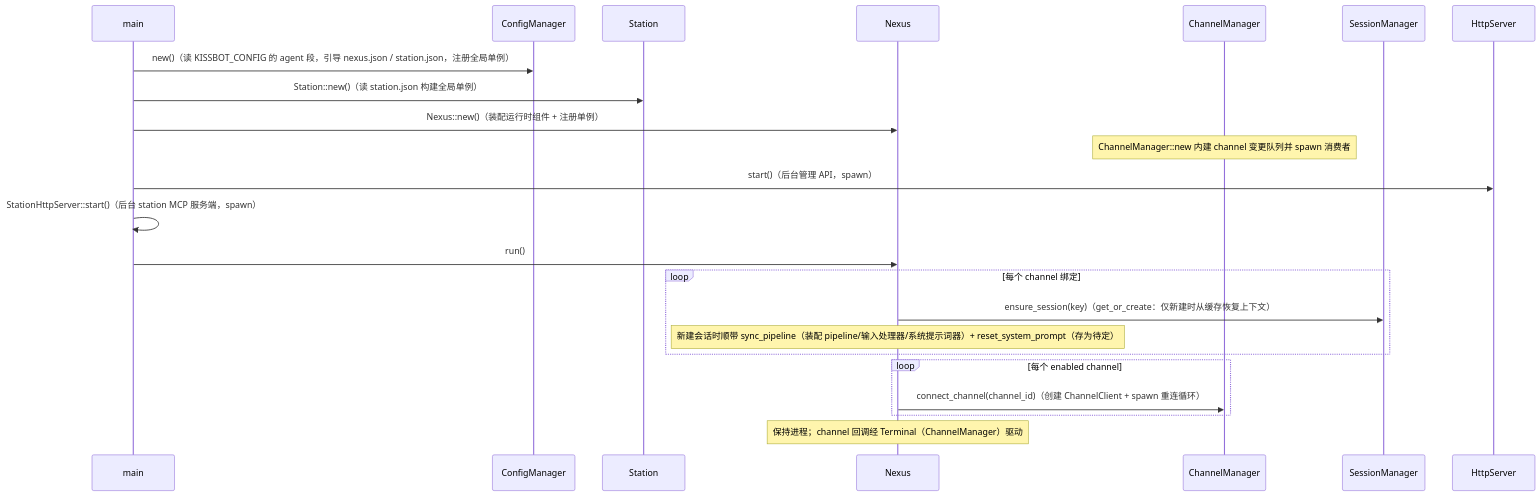
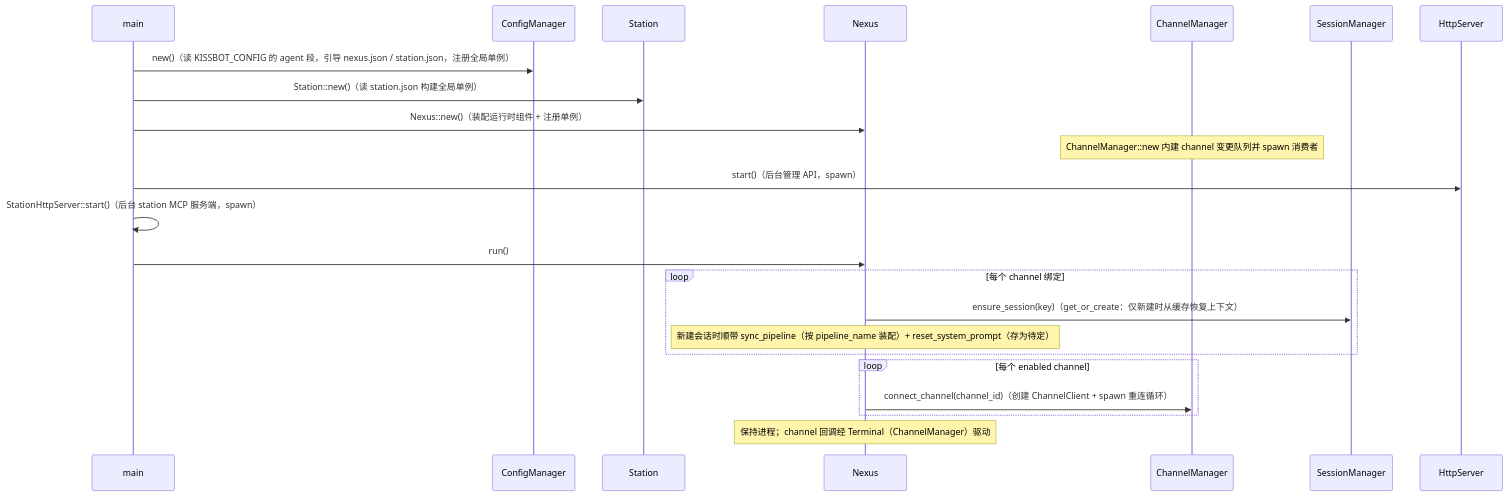
One commit to coldcloude/kissbot changed the second of 5 diagrams in docs/spec/agent-modules.md. Above: the diagram before and after it, drawn with Mermaid. The commit also changed other lines of this file and 30 other files, not shown here.

````diff
--- a/docs/spec/agent-modules.md
+++ b/docs/spec/agent-modules.md
@@ -111,26 +111,26 @@
 ```mermaid
 sequenceDiagram
     participant main
     participant CFG as ConfigManager
     participant ST as Station
     participant CO as Nexus
     participant CHM as ChannelManager
     participant SM as SessionManager
     participant HS as HttpServer
 
     main->>CFG: new()（读 KISSBOT_CONFIG 的 agent 段，引导 nexus.json / station.json，注册全局单例）
     main->>ST: Station::new()（读 station.json 构建全局单例）
     main->>CO: Nexus::new()（装配运行时组件 + 注册单例）
     Note over CHM: ChannelManager::new 内建 channel 变更队列并 spawn 消费者
     main->>HS: start()（后台管理 API，spawn）
     main->>main: StationHttpServer::start()（后台 station MCP 服务端，spawn）
     main->>CO: run()
     loop 每个 channel 绑定
         CO->>SM: ensure_session(key)（get_or_create：仅新建时从缓存恢复上下文）
-        Note over CO: 新建会话时顺带 sync_pipeline（装配 pipeline/输入处理器/系统提示词器）+ reset_system_prompt（存为待定）
+        Note over CO: 新建会话时顺带 sync_pipeline（按 pipeline_name 装配）+ reset_system_prompt（存为待定）
     end
     loop 每个 enabled channel
         CO->>CHM: connect_channel(channel_id)（创建 ChannelClient + spawn 重连循环）
     end
     Note over CO: 保持进程；channel 回调经 Terminal（ChannelManager）驱动
 ```
````
